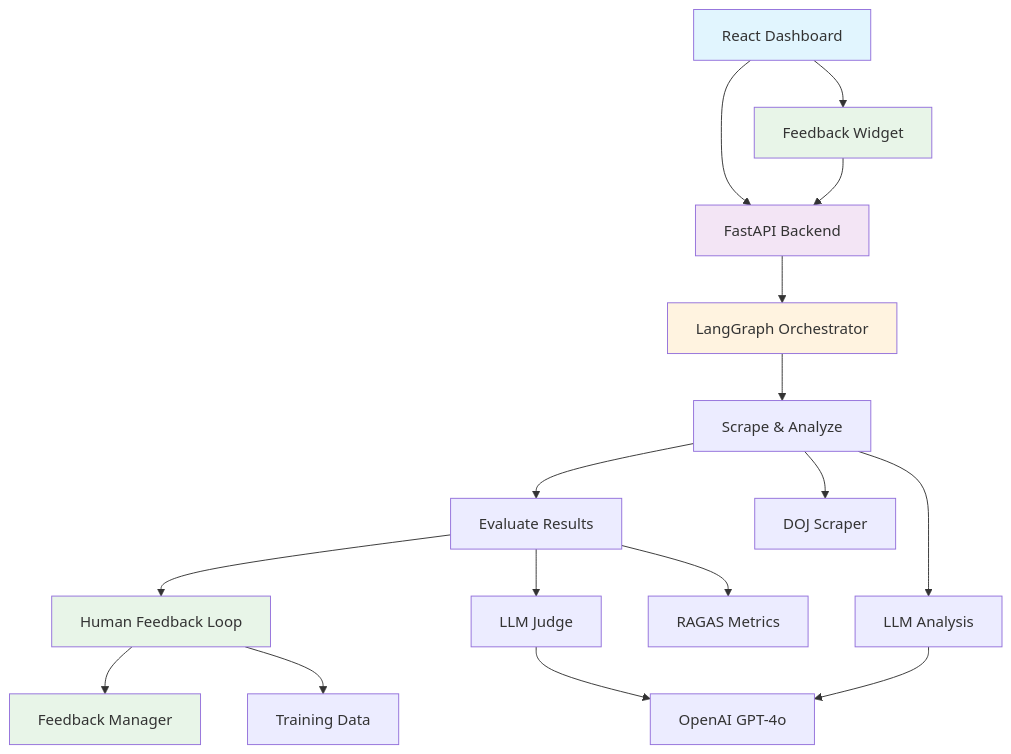
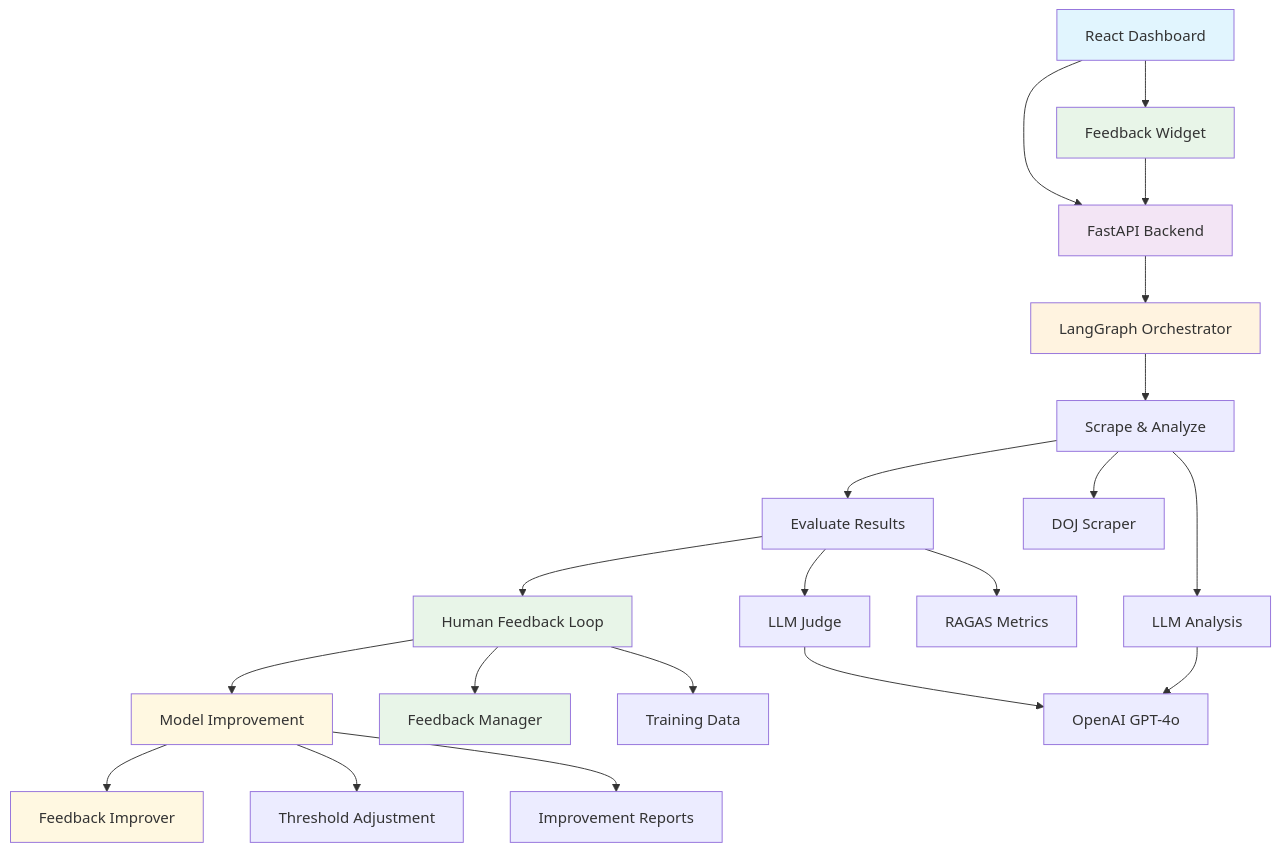
Before and after one commit to Alicelibinguo5/doj-legal-researcher-agent: the diagram in PROJECT_PLAN.md, drawn with Mermaid. The commit also changed other lines of this file and 30 other files, not shown here.

````diff
--- a/PROJECT_PLAN.md
+++ b/PROJECT_PLAN.md
@@ -37,31 +47,38 @@
 ```mermaid
 graph TD
     A[React Dashboard] --> B[FastAPI Backend]
     B --> C[LangGraph Orchestrator]
     
     C --> D[Scrape & Analyze]
     D --> E[Evaluate Results]
     E --> F[Human Feedback Loop]
+    F --> G[Model Improvement]
     
-    D --> G[DOJ Scraper]
-    D --> H[LLM Analysis]
+    D --> H[DOJ Scraper]
+    D --> I[LLM Analysis]
     
-    E --> I[LLM Judge]
-    E --> J[RAGAS Metrics]
+    E --> J[LLM Judge]
+    E --> K[RAGAS Metrics]
     
-    F --> K[Feedback Manager]
-    F --> L[Training Data]
+    F --> L[Feedback Manager]
+    F --> M[Training Data]
     
-    A --> M[Feedback Widget]
-    M --> B
+    G --> N[Feedback Improver]
+    G --> O[Threshold Adjustment]
+    G --> P[Improvement Reports]
     
-    H --> N[OpenAI GPT-4o]
-    I --> N
+    A --> Q[Feedback Widget]
+    Q --> B
+    
+    I --> R[OpenAI GPT-4o]
+    J --> R
     
     style A fill:#e1f5fe
     style B fill:#f3e5f5
     style C fill:#fff3e0
     style F fill:#e8f5e8
-    style K fill:#e8f5e8
-    style M fill:#e8f5e8
+    style G fill:#fff8e1
+    style L fill:#e8f5e8
+    style N fill:#fff8e1
+    style Q fill:#e8f5e8
 ```
````
